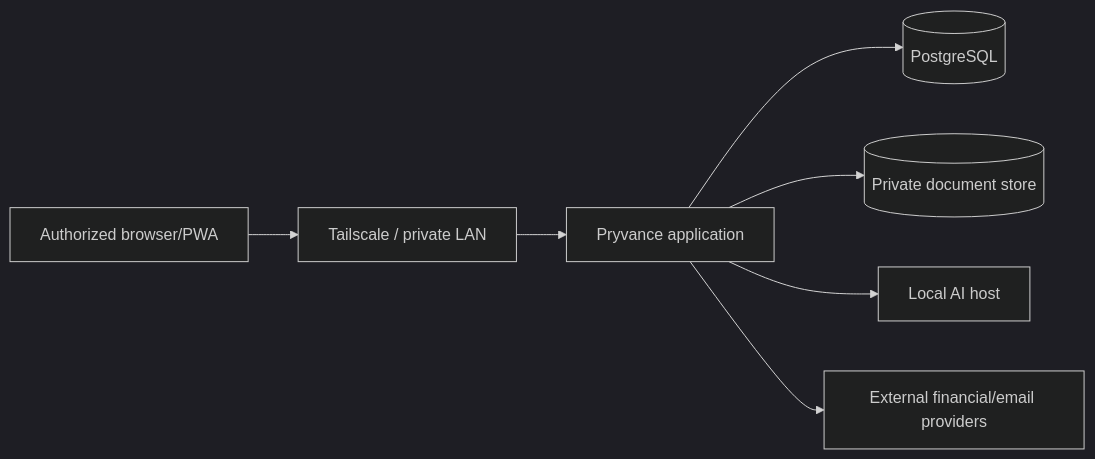
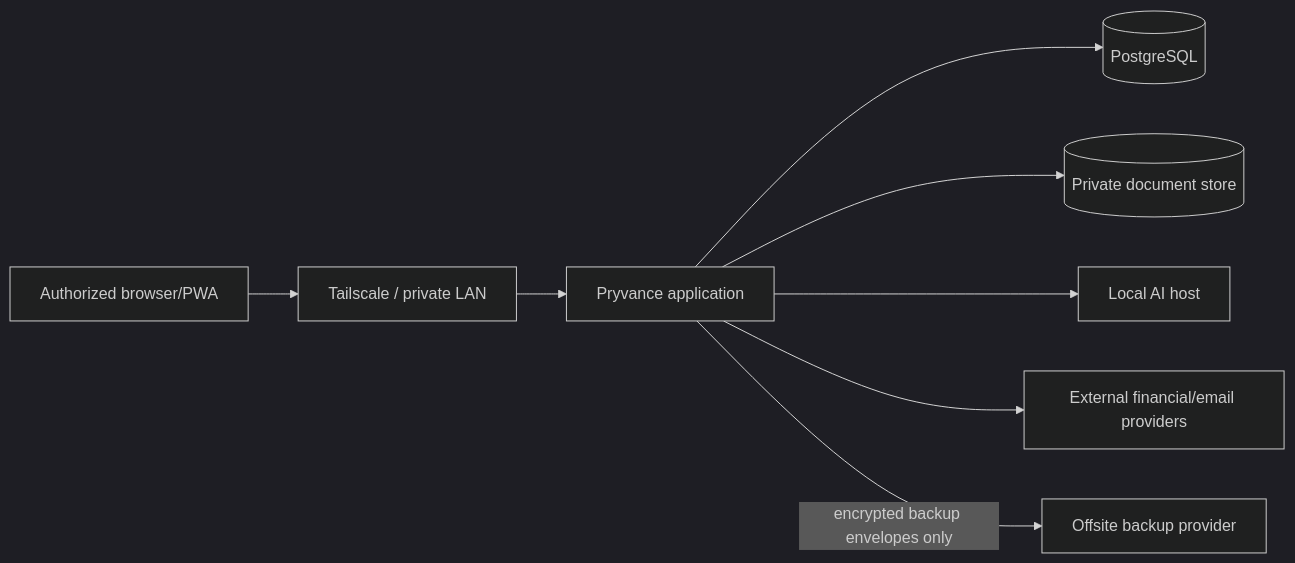
One commit to blac9216/Pryvance changed the diagram in docs/explanation/security.md. Above: the diagram before and after it, drawn with Mermaid (dark theme). The commit also changed other lines of this file, not shown here.

Commit message:
docs: define encrypted backup trust and recovery model

````diff
--- a/docs/explanation/security.md
+++ b/docs/explanation/security.md
@@ -9,16 +9,18 @@
 ```mermaid
 flowchart LR
     User[Authorized browser/PWA]
     Tail[Tailscale / private LAN]
     App[Pryvance application]
     DB[(PostgreSQL)]
     Store[(Private document store)]
     AI[Local AI host]
     Ext[External financial/email providers]
+    Backup[Offsite backup provider]
 
     User --> Tail --> App
     App --> DB
     App --> Store
     App --> AI
     App --> Ext
+    App -->|encrypted backup envelopes only| Backup
 ```
````
